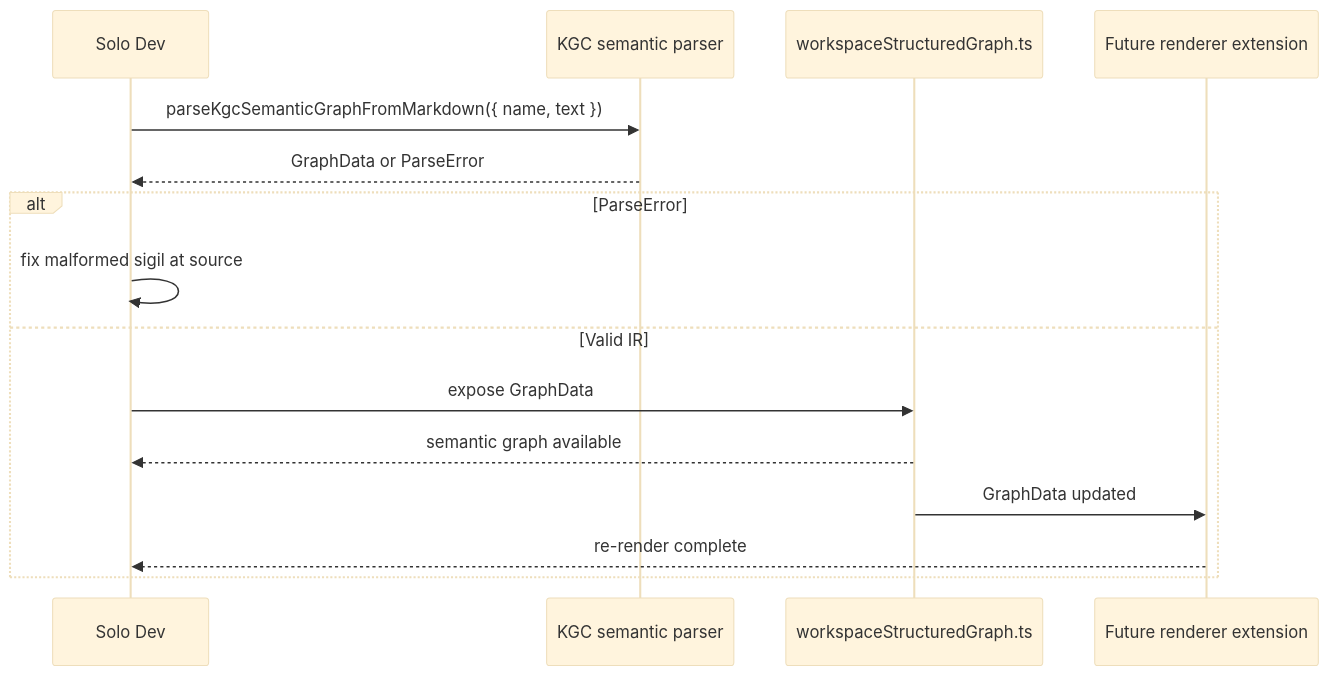
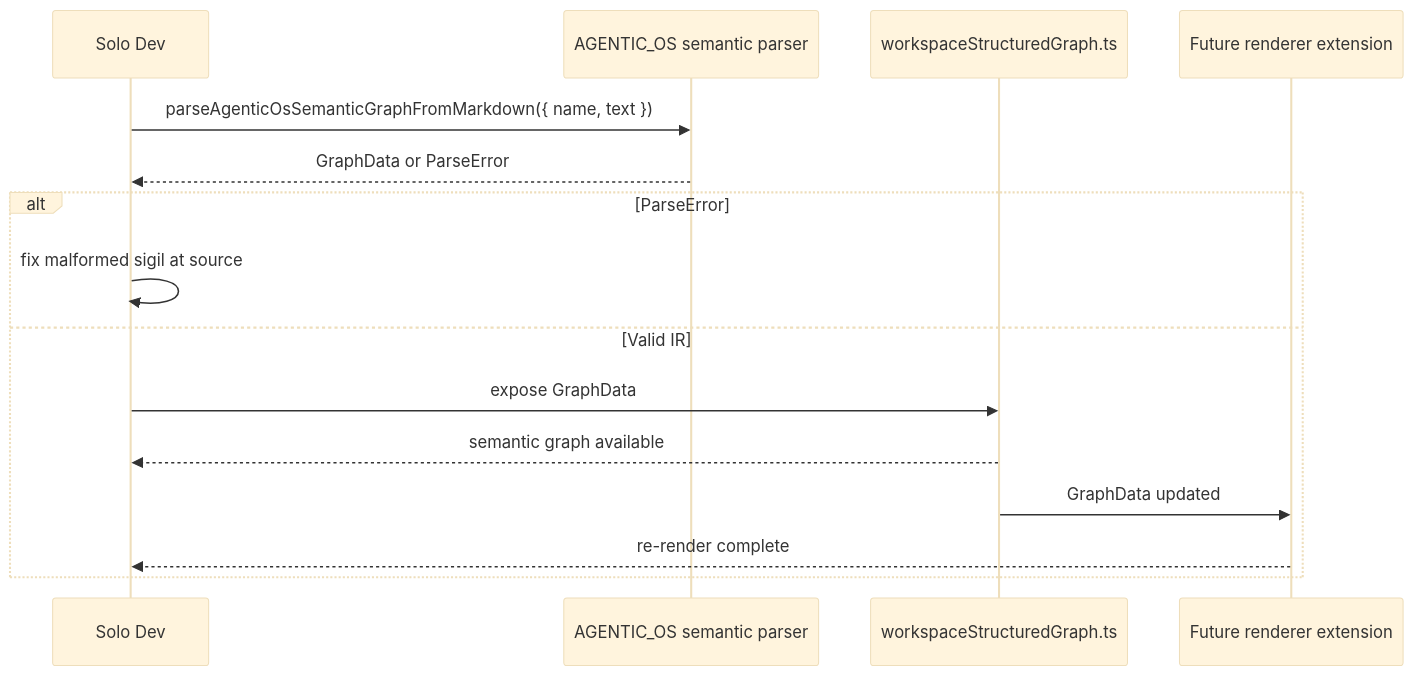
The second of 4 diagrams in docs/documents/agentic-graph-token-economics-model-prd-tad.companion.md (huijoohwee/agentic-graph), drawn with Mermaid (base theme) before and after one commit. The commit also changed other lines of this file and 599 other files, not shown here.

````diff
--- a/docs/documents/agentic-graph-token-economics-model-prd-tad.companion.md
+++ b/docs/documents/agentic-graph-token-economics-model-prd-tad.companion.md
@@ -309,19 +309,19 @@
 ```mermaid
 sequenceDiagram
     participant Dev as Solo Dev
-    participant Parser as KGC semantic parser
+    participant Parser as AGENTIC_OS semantic parser
     participant Workspace as workspaceStructuredGraph.ts
     participant Canvas as Future renderer extension
 
-    Dev->>Parser: parseKgcSemanticGraphFromMarkdown({ name, text })
+    Dev->>Parser: parseAgenticOsSemanticGraphFromMarkdown({ name, text })
     Parser-->>Dev: GraphData or ParseError
 
     alt ParseError
         Dev->>Dev: fix malformed sigil at source
     else Valid IR
         Dev->>Workspace: expose GraphData
         Workspace-->>Dev: semantic graph available
         Workspace->>Canvas: GraphData updated
         Canvas-->>Dev: re-render complete
     end
 ```
````
